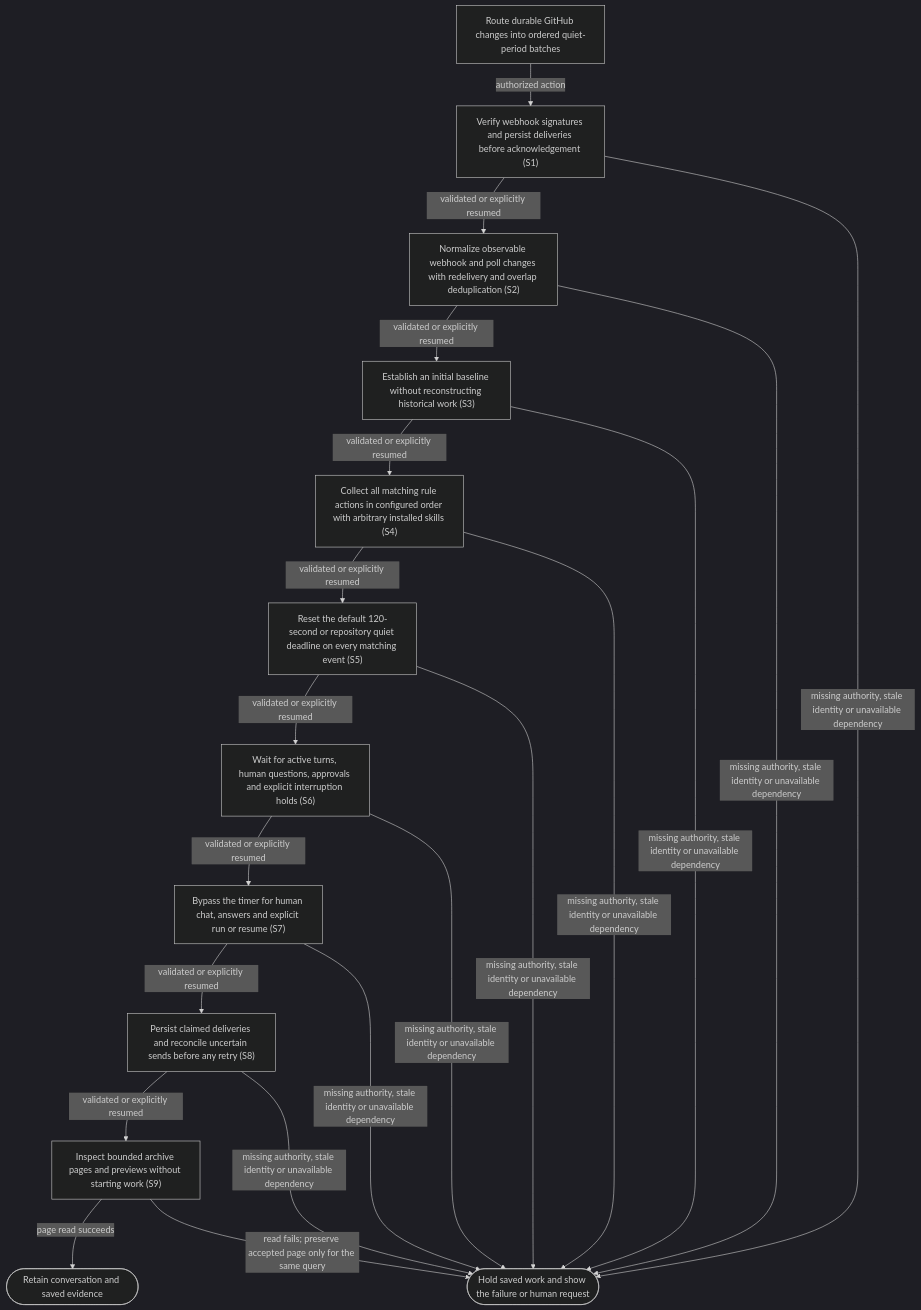
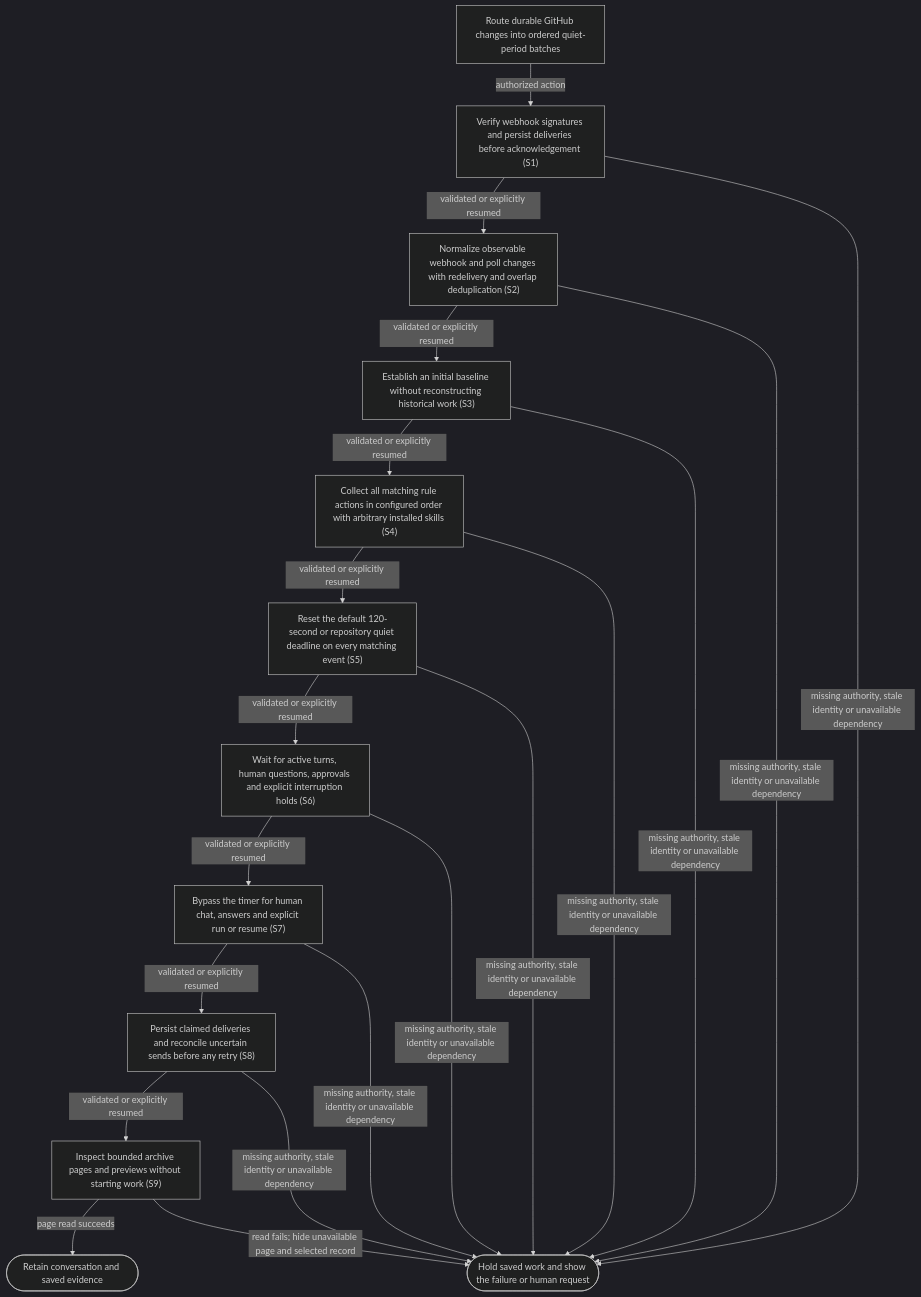
One commit to dk-code-factory/code-factory-plugin changed the diagram in docs/user-flows/route-events.md. Above: the diagram before and after it, drawn with Mermaid (dark theme). The commit also changed other lines of this file and 77 other files, not shown here.

````diff
--- a/docs/user-flows/route-events.md
+++ b/docs/user-flows/route-events.md
@@ -59,34 +70,34 @@
 ```mermaid
 flowchart TD
     N0["Route durable GitHub changes into ordered quiet-period batches"]
     N1["Verify webhook signatures and persist deliveries before acknowledgement #40;S1#41;"]
     N2["Normalize observable webhook and poll changes with redelivery and overlap deduplication #40;S2#41;"]
     N3["Establish an initial baseline without reconstructing historical work #40;S3#41;"]
     N4["Collect all matching rule actions in configured order with arbitrary installed skills #40;S4#41;"]
     N5["Reset the default 120-second or repository quiet deadline on every matching event #40;S5#41;"]
     N6["Wait for active turns, human questions, approvals and explicit interruption holds #40;S6#41;"]
     N7["Bypass the timer for human chat, answers and explicit run or resume #40;S7#41;"]
     N8["Persist claimed deliveries and reconcile uncertain sends before any retry #40;S8#41;"]
     N9["Inspect bounded archive pages and previews without starting work #40;S9#41;"]
     N10(["Hold saved work and show the failure or human request"])
     N11(["Retain conversation and saved evidence"])
     N0 -->|"authorized action"| N1
     N1 -->|"validated or explicitly resumed"| N2
     N1 -->|"missing authority, stale identity or unavailable dependency"| N10
     N2 -->|"validated or explicitly resumed"| N3
     N2 -->|"missing authority, stale identity or unavailable dependency"| N10
     N3 -->|"validated or explicitly resumed"| N4
     N3 -->|"missing authority, stale identity or unavailable dependency"| N10
     N4 -->|"validated or explicitly resumed"| N5
     N4 -->|"missing authority, stale identity or unavailable dependency"| N10
     N5 -->|"validated or explicitly resumed"| N6
     N5 -->|"missing authority, stale identity or unavailable dependency"| N10
     N6 -->|"validated or explicitly resumed"| N7
     N6 -->|"missing authority, stale identity or unavailable dependency"| N10
     N7 -->|"validated or explicitly resumed"| N8
     N7 -->|"missing authority, stale identity or unavailable dependency"| N10
     N8 -->|"validated or explicitly resumed"| N9
     N8 -->|"missing authority, stale identity or unavailable dependency"| N10
     N9 -->|"page read succeeds"| N11
-    N9 -->|"read fails#59; preserve accepted page only for the same query"| N10
+    N9 -->|"read fails#59; hide unavailable page and selected record"| N10
 ```
````
